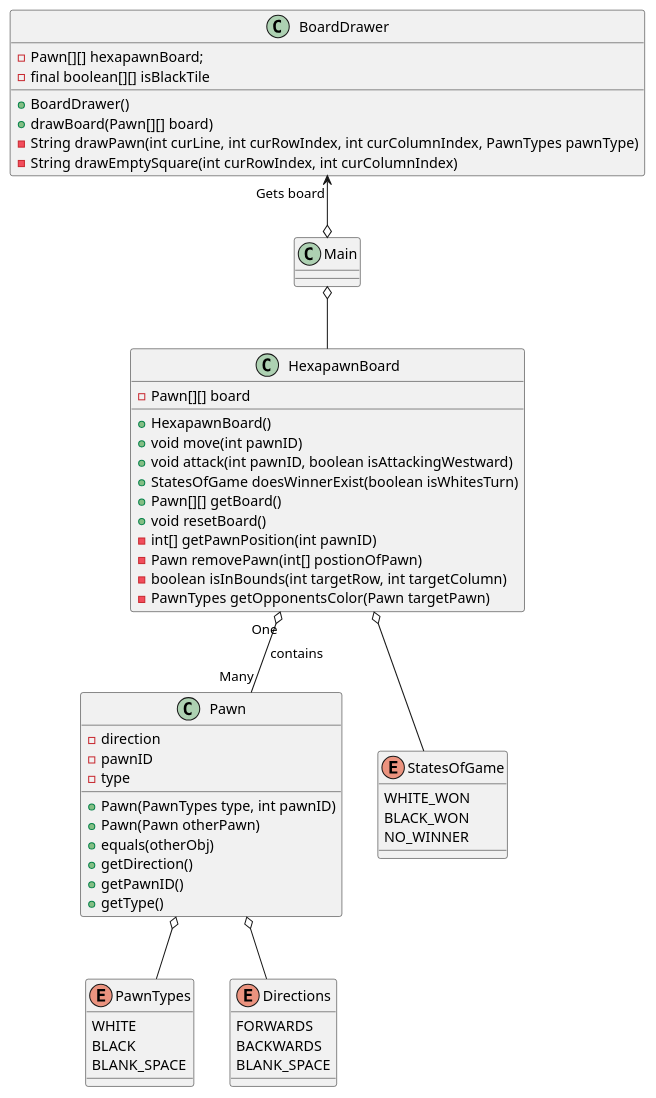
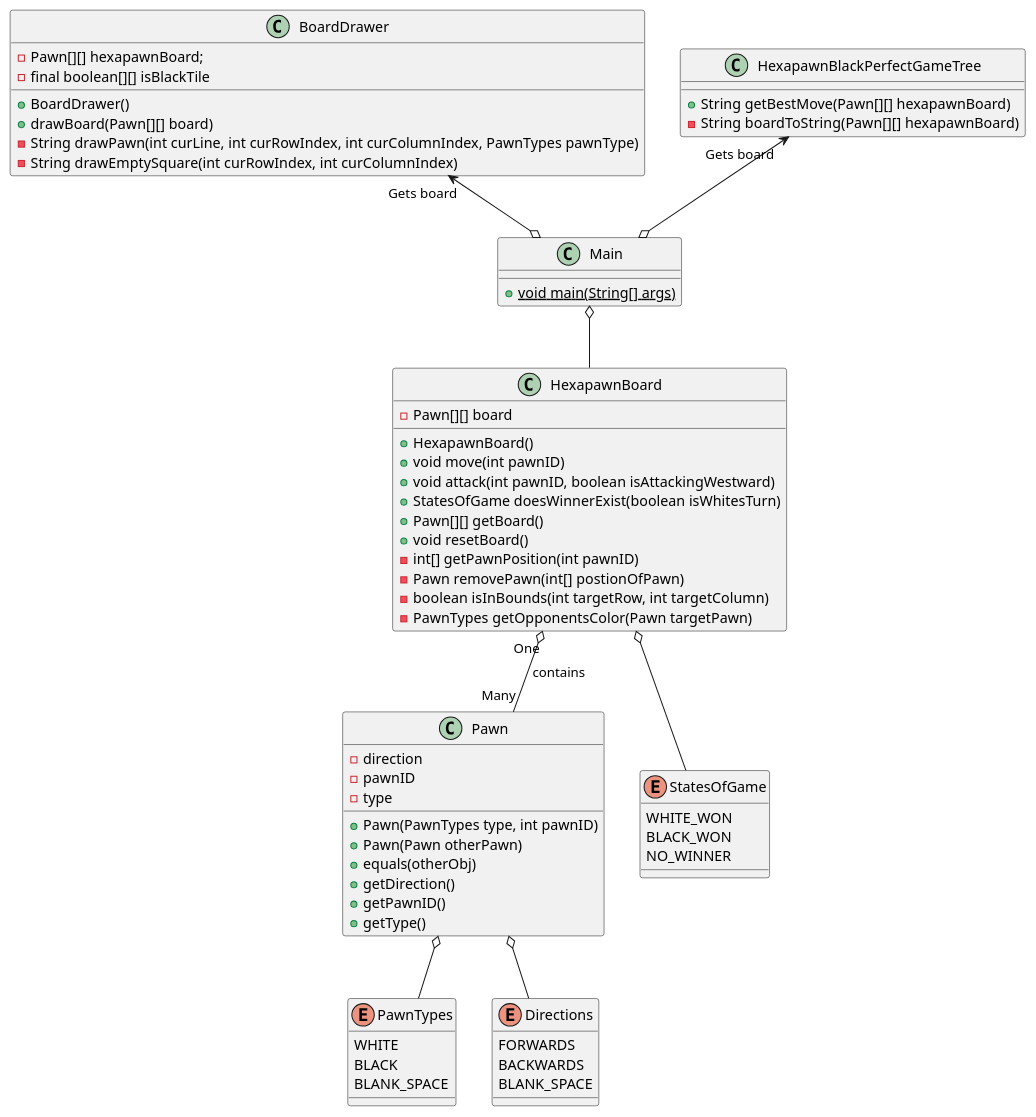
One commit to builderJP/hexapawn changed the diagram in src/HexapawnClassDiagram.puml. Above: the diagram before and after it, drawn with PlantUML. The commit also changed 1 other file, not shown here.

Commit message:
Docs: Updated UML Diagram

```diff
--- a/src/HexapawnClassDiagram.puml
+++ b/src/HexapawnClassDiagram.puml
@@ -1,69 +1,75 @@
 @startuml
 'https://plantuml.com/class-diagram
 
 
 class Pawn{
     - direction
     - {field} pawnID
     - type
     + Pawn(PawnTypes type, int pawnID)
     + Pawn(Pawn otherPawn)
     + equals(otherObj)
     + getDirection()
     + getPawnID()
     + getType()
 }
 
 class HexapawnBoard{
     - Pawn[][] board
     + HexapawnBoard()
     + void move(int pawnID)
     + void attack(int pawnID, boolean isAttackingWestward)
     + StatesOfGame doesWinnerExist(boolean isWhitesTurn)
     + Pawn[][] getBoard()
     + void resetBoard()
     - int[] getPawnPosition(int pawnID)
     - Pawn removePawn(int[] postionOfPawn)
     - boolean isInBounds(int targetRow, int targetColumn)
     - PawnTypes getOpponentsColor(Pawn targetPawn)
 }
 
 class BoardDrawer{
     - Pawn[][] hexapawnBoard;
     - final boolean[][] isBlackTile
     + BoardDrawer()
     + drawBoard(Pawn[][] board)
     - String drawPawn(int curLine, int curRowIndex, int curColumnIndex, PawnTypes pawnType)
     - String drawEmptySquare(int curRowIndex, int curColumnIndex)
 }
 
+class HexapawnBlackPerfectGameTree{
+    + String getBestMove(Pawn[][] hexapawnBoard)
+    - String boardToString(Pawn[][] hexapawnBoard)
+}
+
 class Main{
-
+    + void {static} main(String[] args)
 }
 
 enum PawnTypes{
     WHITE
     BLACK
     BLANK_SPACE
 }
 
 enum Directions{
     FORWARDS
     BACKWARDS
     BLANK_SPACE
 }
 
 enum StatesOfGame{
     WHITE_WON
     BLACK_WON
     NO_WINNER
 }
 
 Pawn o-- PawnTypes
 Pawn o-- Directions
 HexapawnBoard o-- StatesOfGame
 BoardDrawer "Gets board" <--o Main
+HexapawnBlackPerfectGameTree "Gets board" <--o Main
 Main o-- HexapawnBoard
 HexapawnBoard "One" o-- "Many" Pawn : contains
 
 @enduml
```
